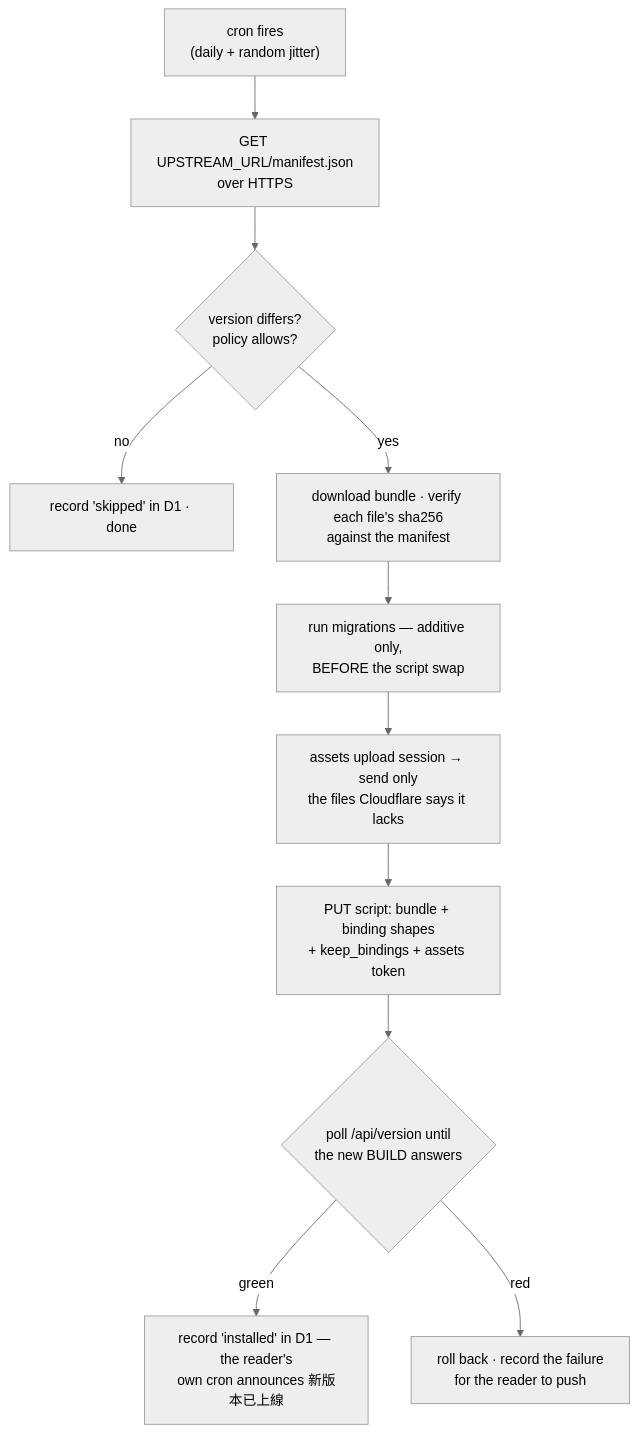
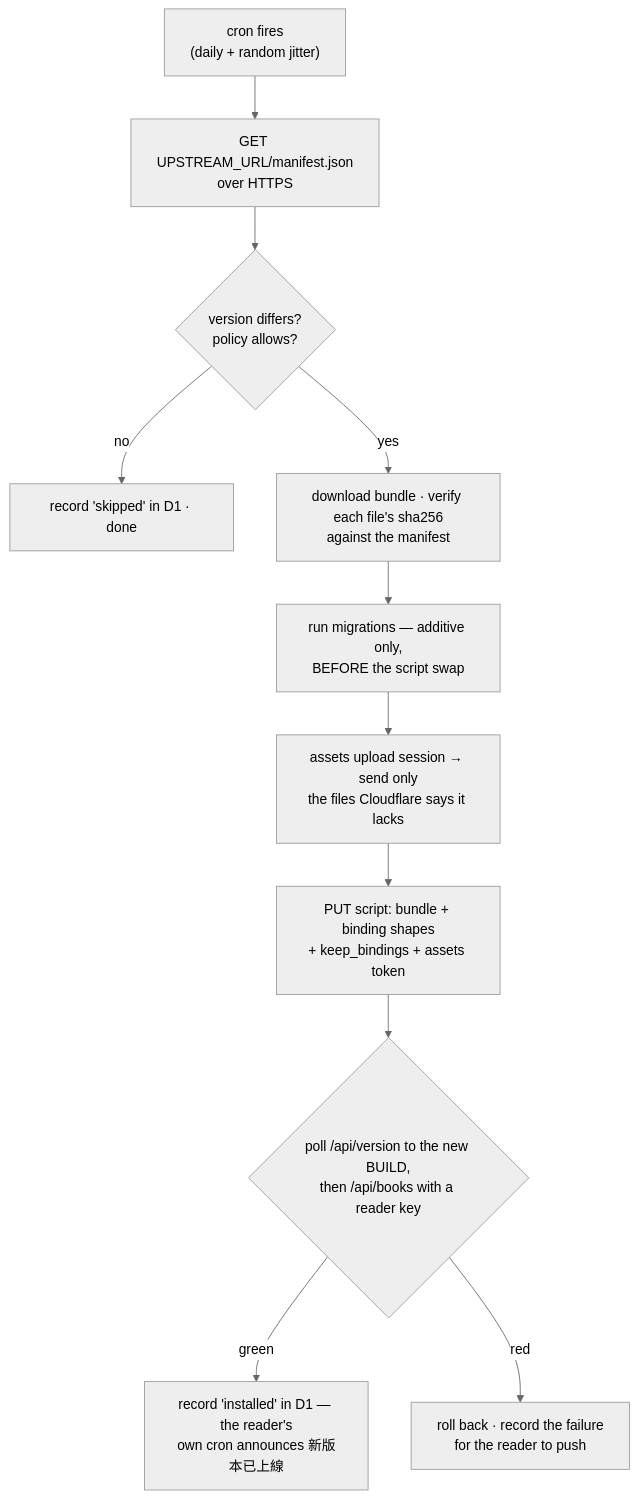
One commit to enstw/bookworm changed the diagram in docs/pull-mode-updates.md. Above: the diagram before and after it, drawn with Mermaid (neutral theme). The commit also changed other lines of this file, not shown here.

````diff
--- a/docs/pull-mode-updates.md
+++ b/docs/pull-mode-updates.md
@@ -123,13 +123,13 @@
 ```mermaid
 flowchart TD
   C["cron fires<br/>(daily + random jitter)"] --> M["GET UPSTREAM_URL/manifest.json<br/>over HTTPS"]
   M --> V{"version differs?<br/>policy allows?"}
   V -->|no| S["record 'skipped' in D1 · done"]
   V -->|yes| D["download bundle · verify each file's sha256<br/>against the manifest"]
   D --> MIG["run migrations — additive only,<br/>BEFORE the script swap"]
   MIG --> A["assets upload session → send only<br/>the files Cloudflare says it lacks"]
   A --> P["PUT script: bundle + binding shapes<br/>+ keep_bindings + assets token"]
-  P --> H{"poll /api/version until<br/>the new BUILD answers"}
+  P --> H{"poll /api/version to the new BUILD,<br/>then /api/books with a reader key"}
   H -->|green| OK["record 'installed' in D1 — the reader's<br/>own cron announces 新版本已上線"]
   H -->|red| RB["roll back · record the failure<br/>for the reader to push"]
 ```
````
